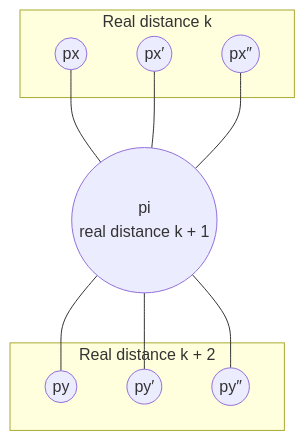
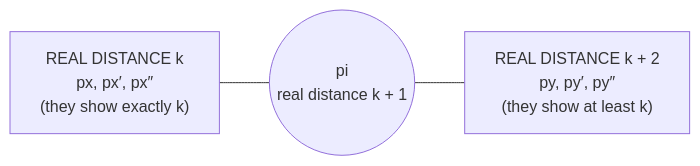
One commit to FahimMashroor/Chalmers_CSC changed diagram 18 of 27 in EDA387-Computer-Networks/09-Spanning-Tree-Construction.md. Above: the diagram before and after it, drawn with Mermaid. The commit also changed other lines of this file, not shown here.

Commit message:
Rewrite 09 Spanning Tree Construction in simple language with examples and diagrams

````diff
--- a/EDA387-Computer-Networks/09-Spanning-Tree-Construction.md
+++ b/EDA387-Computer-Networks/09-Spanning-Tree-Construction.md
@@ -393,16 +618,5 @@
 ```mermaid
-flowchart TB
-    subgraph Lk["Real distance k"]
-        px(("px")); px1(("px′")); px2(("px″"))
-    end
-    pi(("pi<br/>real distance k + 1"))
-    subgraph Lk2["Real distance k + 2"]
-        py(("py")); py1(("py′")); py2(("py″"))
-    end
-    px --- pi
-    px1 --- pi
-    px2 --- pi
-    pi --- py
-    pi --- py1
-    pi --- py2
+flowchart LR
+    K["REAL DISTANCE k<br/>px, px′, px″<br/>(they show exactly k)"] --- PI(("pi<br/>real distance k + 1"))
+    PI --- K2["REAL DISTANCE k + 2<br/>py, py′, py″<br/>(they show at least k)"]
 ```
````
